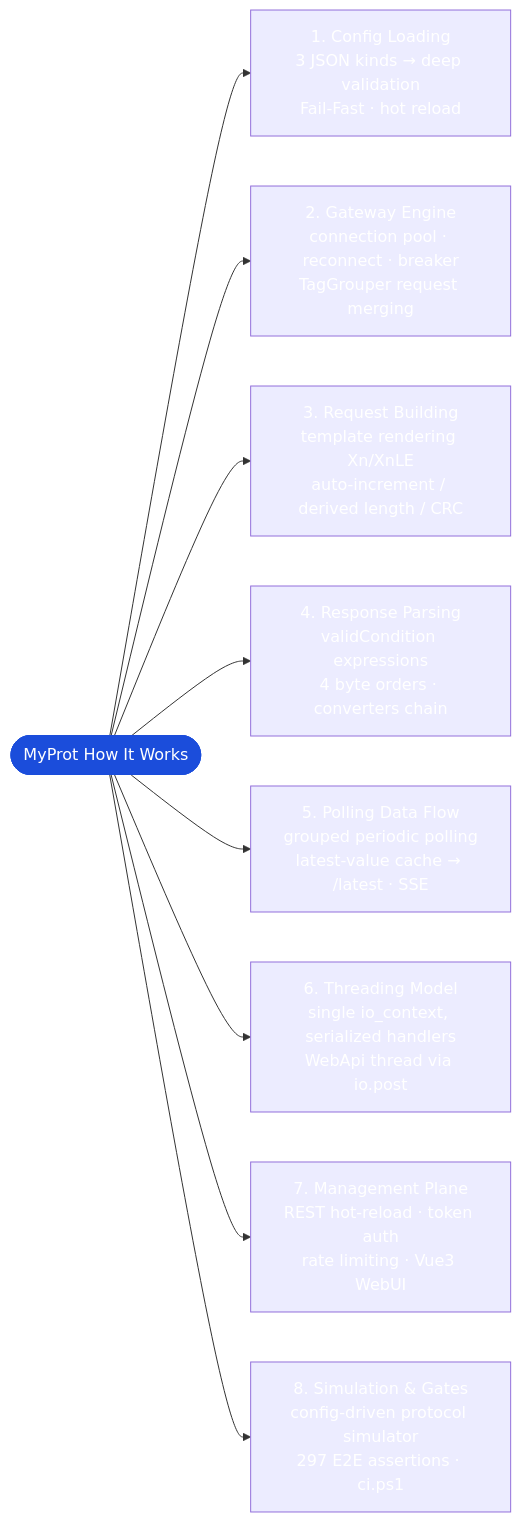
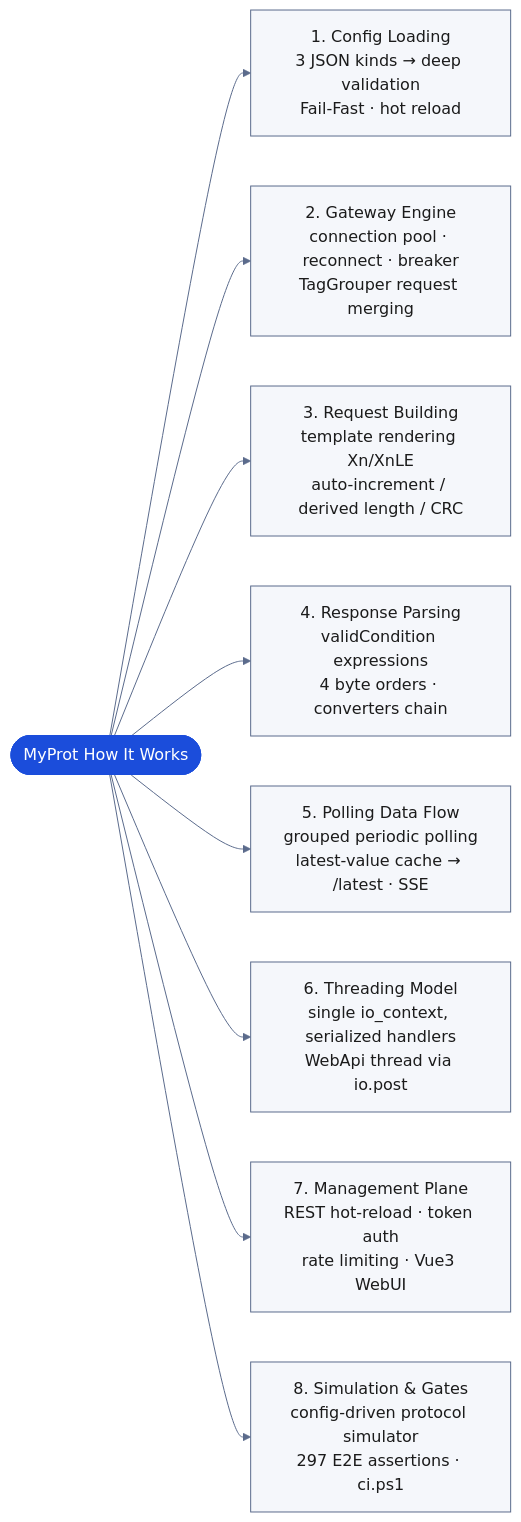
One commit to ladderYk/MyProtV2 changed the diagram in README.md. Above: the diagram before and after it, drawn with Mermaid. The commit also changed 1 other file, not shown here.

Commit message:
docs(readme): use explicit dark-text classDef for How It Works nodes
Force second-level node text (A-H) dark via classDef step; keep root blue/white. Applied to both EN README.md and zh README.zh.md.

````diff
--- a/README.md
+++ b/README.md
@@ -88,13 +88,16 @@
 ```mermaid
+%%{init: {'theme': 'base', 'themeVariables': {'primaryTextColor': '#1B1B1B', 'lineColor': '#5B6B8C'}}}%%
 flowchart LR
     ROOT(["MyProt How It Works"]) --> A["1. Config Loading<br/>3 JSON kinds → deep validation<br/>Fail-Fast · hot reload"]
     ROOT --> B["2. Gateway Engine<br/>connection pool · reconnect · breaker<br/>TagGrouper request merging"]
     ROOT --> C["3. Request Building<br/>template rendering Xn/XnLE<br/>auto-increment / derived length / CRC"]
     ROOT --> D["4. Response Parsing<br/>validCondition expressions<br/>4 byte orders · converters chain"]
     ROOT --> E["5. Polling Data Flow<br/>grouped periodic polling<br/>latest-value cache → /latest · SSE"]
     ROOT --> F["6. Threading Model<br/>single io_context, serialized handlers<br/>WebApi thread via io.post"]
     ROOT --> G["7. Management Plane<br/>REST hot-reload · token auth<br/>rate limiting · Vue3 WebUI"]
     ROOT --> H["8. Simulation & Gates<br/>config-driven protocol simulator<br/>297 E2E assertions · ci.ps1"]
+    classDef step fill:#F5F7FB,stroke:#5B6B8C,color:#1B1B1B;
+    class A,B,C,D,E,F,G,H step;
     classDef root fill:#1B4DDB,stroke:#1B4DDB,color:#ffffff;
     class ROOT root
 ```
````
